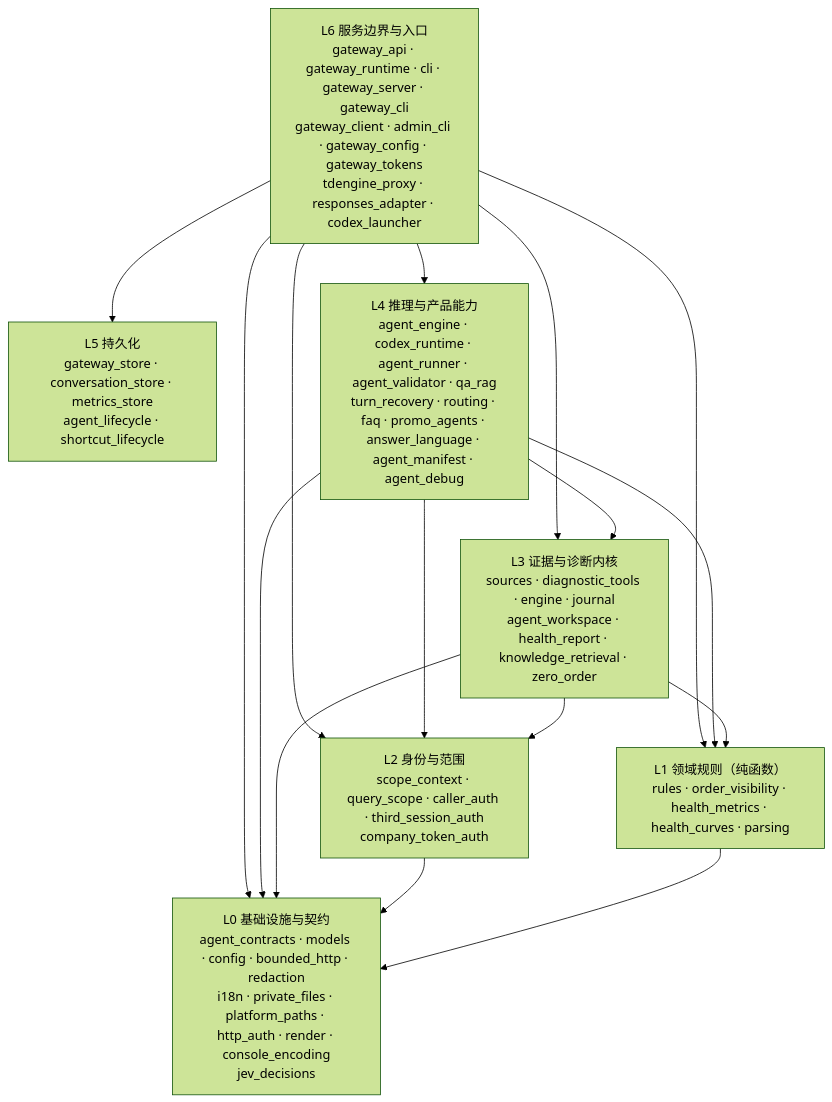
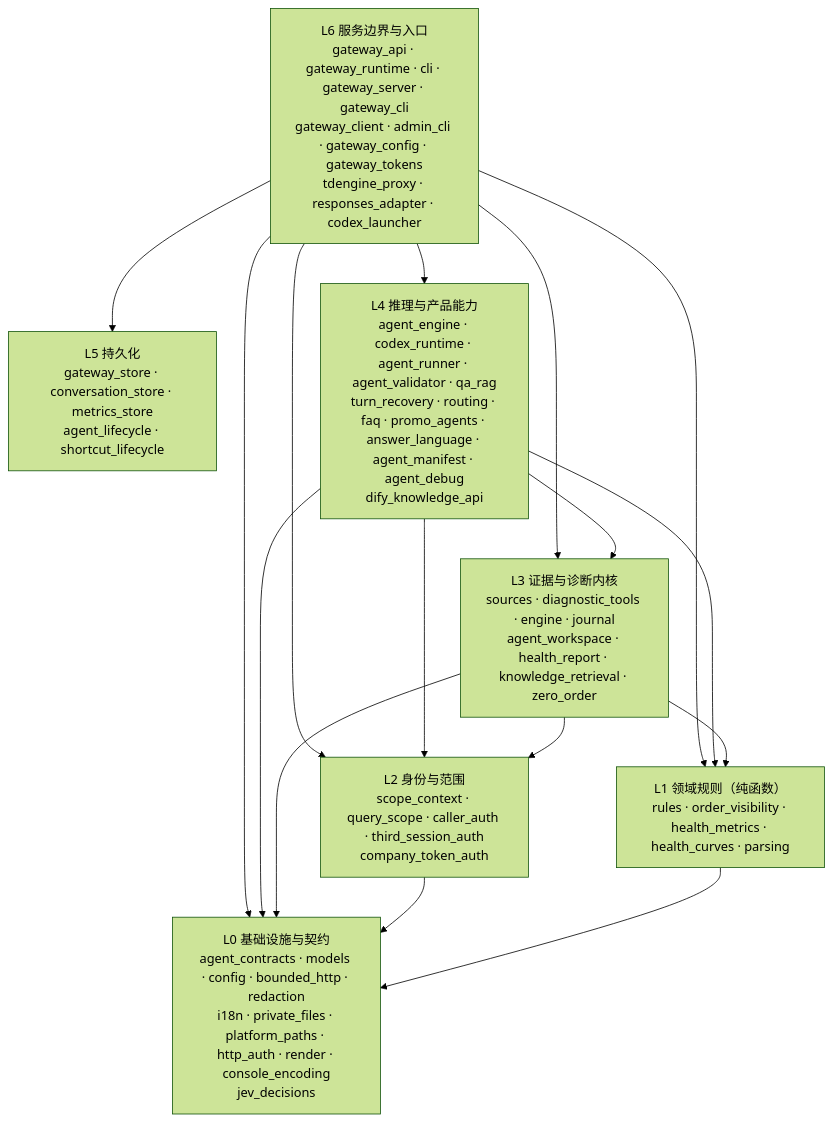
The diagram in README.md (kilbertert/AI-Ops), drawn with Mermaid (forest theme) before and after one commit. The commit also changed other lines of this file and 3 other files, not shown here.

````diff
--- a/README.md
+++ b/README.md
@@ -183,26 +183,26 @@
 ```mermaid
 flowchart TB
     L6["L6 服务边界与入口<br/>gateway_api · gateway_runtime · cli · gateway_server · gateway_cli<br/>gateway_client · admin_cli · gateway_config · gateway_tokens<br/>tdengine_proxy · responses_adapter · codex_launcher"]
     L5["L5 持久化<br/>gateway_store · conversation_store · metrics_store<br/>agent_lifecycle · shortcut_lifecycle"]
-    L4["L4 推理与产品能力<br/>agent_engine · codex_runtime · agent_runner · agent_validator · qa_rag<br/>turn_recovery · routing · faq · promo_agents · answer_language · agent_manifest · agent_debug"]
+    L4["L4 推理与产品能力<br/>agent_engine · codex_runtime · agent_runner · agent_validator · qa_rag<br/>turn_recovery · routing · faq · promo_agents · answer_language · agent_manifest · agent_debug<br/>dify_knowledge_api"]
     L3["L3 证据与诊断内核<br/>sources · diagnostic_tools · engine · journal<br/>agent_workspace · health_report · knowledge_retrieval · zero_order"]
     L2["L2 身份与范围<br/>scope_context · query_scope · caller_auth · third_session_auth<br/>company_token_auth"]
     L1["L1 领域规则（纯函数）<br/>rules · order_visibility · health_metrics · health_curves · parsing"]
     L0["L0 基础设施与契约<br/>agent_contracts · models · config · bounded_http · redaction<br/>i18n · private_files · platform_paths · http_auth · render · console_encoding<br/>jev_decisions"]
 
     L6 --> L5
     L6 --> L4
     L6 --> L3
     L6 --> L2
     L6 --> L1
     L6 --> L0
     L4 --> L3
     L4 --> L2
     L4 --> L1
     L4 --> L0
     L3 --> L2
     L3 --> L1
     L3 --> L0
     L2 --> L0
     L1 --> L0
 ```
````
